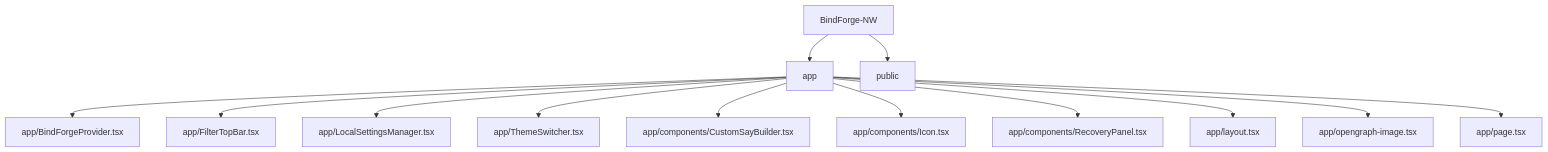
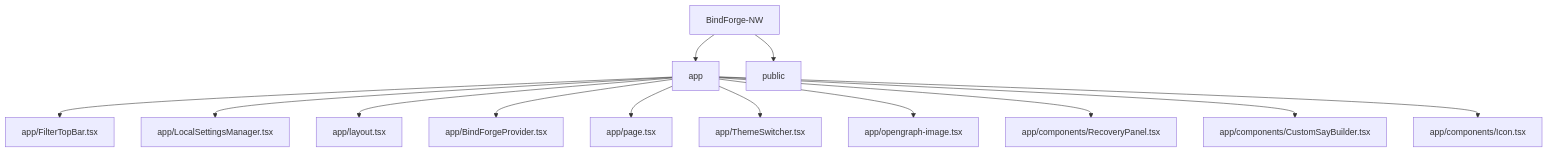
One commit to Nischhalsubba/BindForge-NW changed the second of 6 diagrams in README.md. Above: the diagram before and after it, drawn with Mermaid. The commit also changed other lines of this file, not shown here.

````diff
--- a/README.md
+++ b/README.md
@@ -51,16 +87,16 @@
 ```mermaid
 flowchart TD
     APP["BindForge-NW"]
     APP --> R0["app"]
     APP --> R1["public"]
-    R0 --> F0["app/BindForgeProvider.tsx"]
-    R0 --> F1["app/FilterTopBar.tsx"]
-    R0 --> F2["app/LocalSettingsManager.tsx"]
-    R0 --> F3["app/ThemeSwitcher.tsx"]
-    R0 --> F4["app/components/CustomSayBuilder.tsx"]
-    R0 --> F5["app/components/Icon.tsx"]
-    R0 --> F6["app/components/RecoveryPanel.tsx"]
-    R0 --> F7["app/layout.tsx"]
-    R0 --> F8["app/opengraph-image.tsx"]
-    R0 --> F9["app/page.tsx"]
+    R0 --> F0["app/FilterTopBar.tsx"]
+    R0 --> F1["app/LocalSettingsManager.tsx"]
+    R0 --> F2["app/layout.tsx"]
+    R0 --> F3["app/BindForgeProvider.tsx"]
+    R0 --> F4["app/page.tsx"]
+    R0 --> F5["app/ThemeSwitcher.tsx"]
+    R0 --> F6["app/opengraph-image.tsx"]
+    R0 --> F7["app/components/RecoveryPanel.tsx"]
+    R0 --> F8["app/components/CustomSayBuilder.tsx"]
+    R0 --> F9["app/components/Icon.tsx"]
 ```
````
